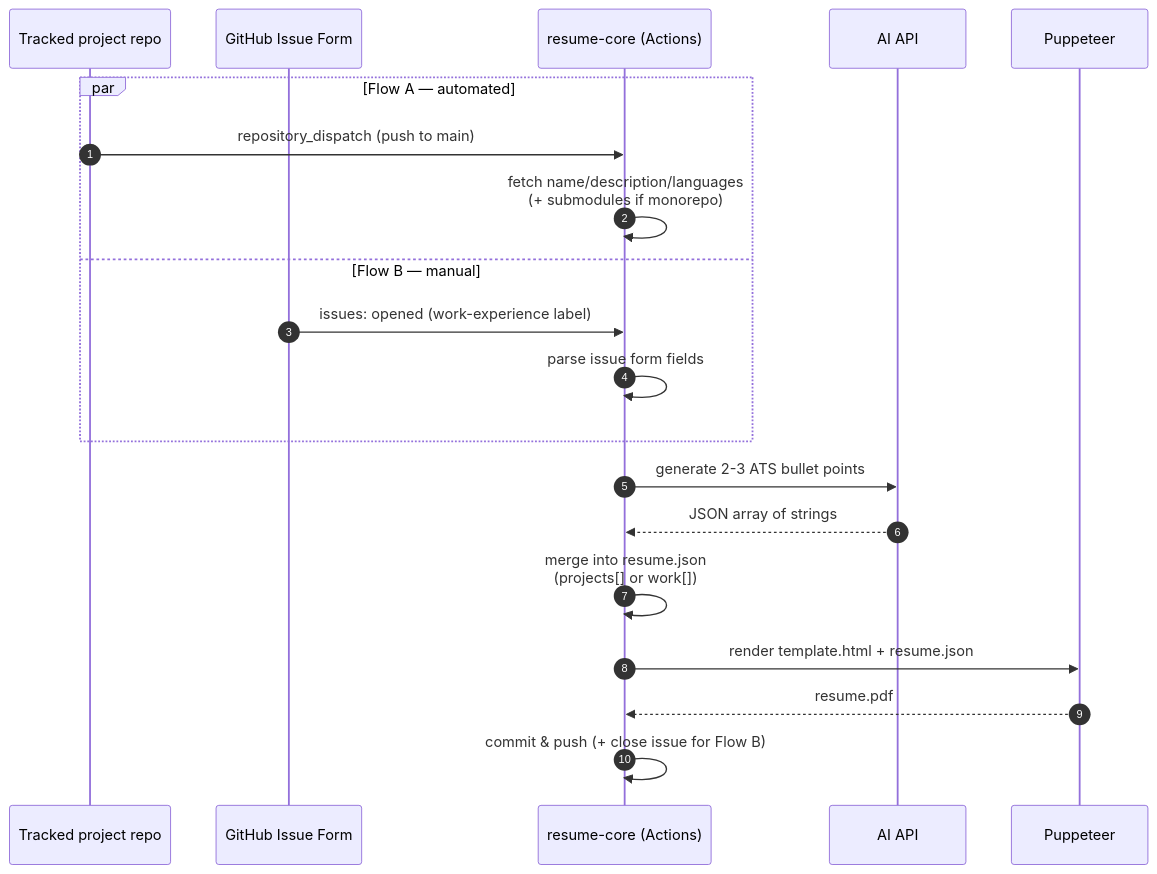
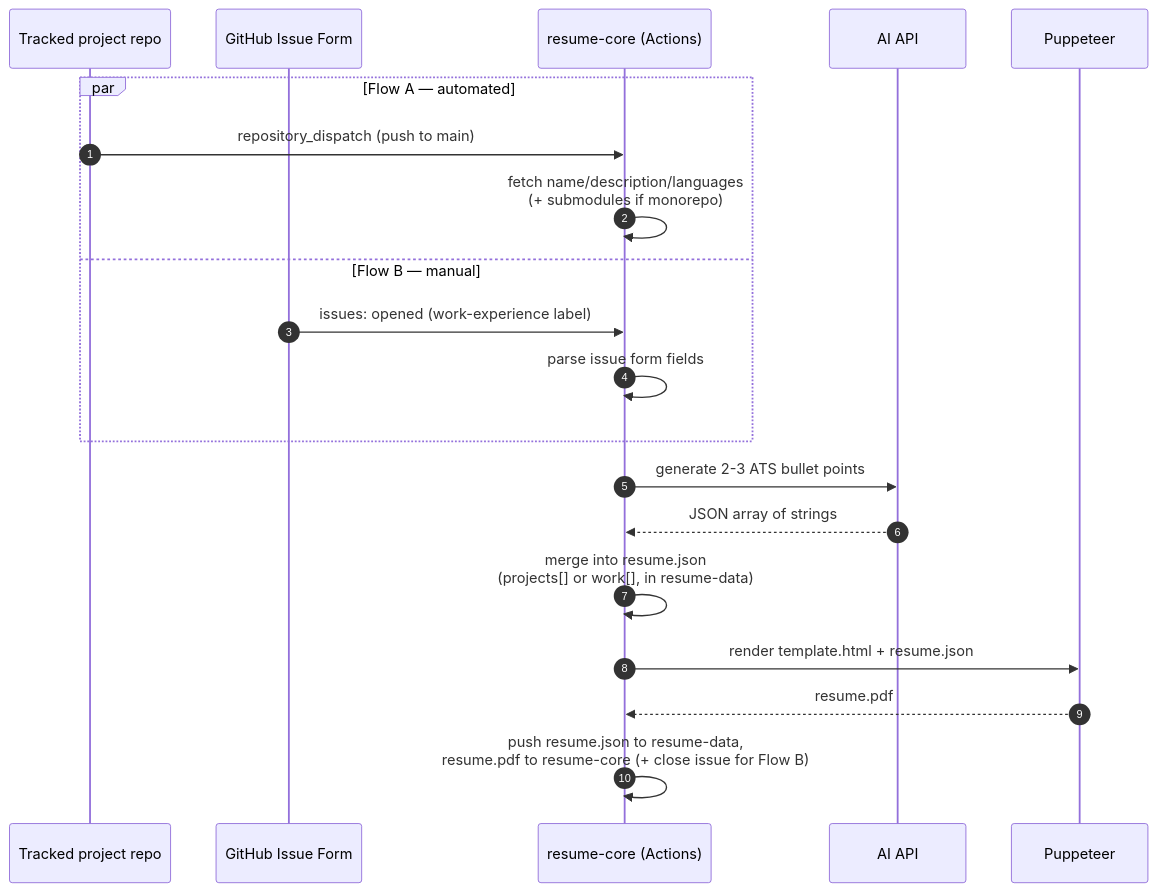
One commit to ChamathDilshanC/resume-core changed the diagram in README.md. Above: the diagram before and after it, drawn with Mermaid. The commit also changed other lines of this file and 9 other files, not shown here.

First line of the commit message:
refactor: move resume.json to a private resume-data repo

````diff
--- a/README.md
+++ b/README.md
@@ -31,23 +37,23 @@
 ```mermaid
 sequenceDiagram
     autonumber
     participant Repo as Tracked project repo
     participant Issue as GitHub Issue Form
     participant Core as resume-core (Actions)
     participant AI as AI API
     participant PDF as Puppeteer
 
     par Flow A — automated
         Repo->>Core: repository_dispatch (push to main)
         Core->>Core: fetch name/description/languages<br/>(+ submodules if monorepo)
     and Flow B — manual
         Issue->>Core: issues: opened (work-experience label)
         Core->>Core: parse issue form fields
     end
     Core->>AI: generate 2-3 ATS bullet points
     AI-->>Core: JSON array of strings
-    Core->>Core: merge into resume.json<br/>(projects[] or work[])
+    Core->>Core: merge into resume.json<br/>(projects[] or work[], in resume-data)
     Core->>PDF: render template.html + resume.json
     PDF-->>Core: resume.pdf
-    Core->>Core: commit & push (+ close issue for Flow B)
+    Core->>Core: push resume.json to resume-data,<br/>resume.pdf to resume-core (+ close issue for Flow B)
 ```
````
